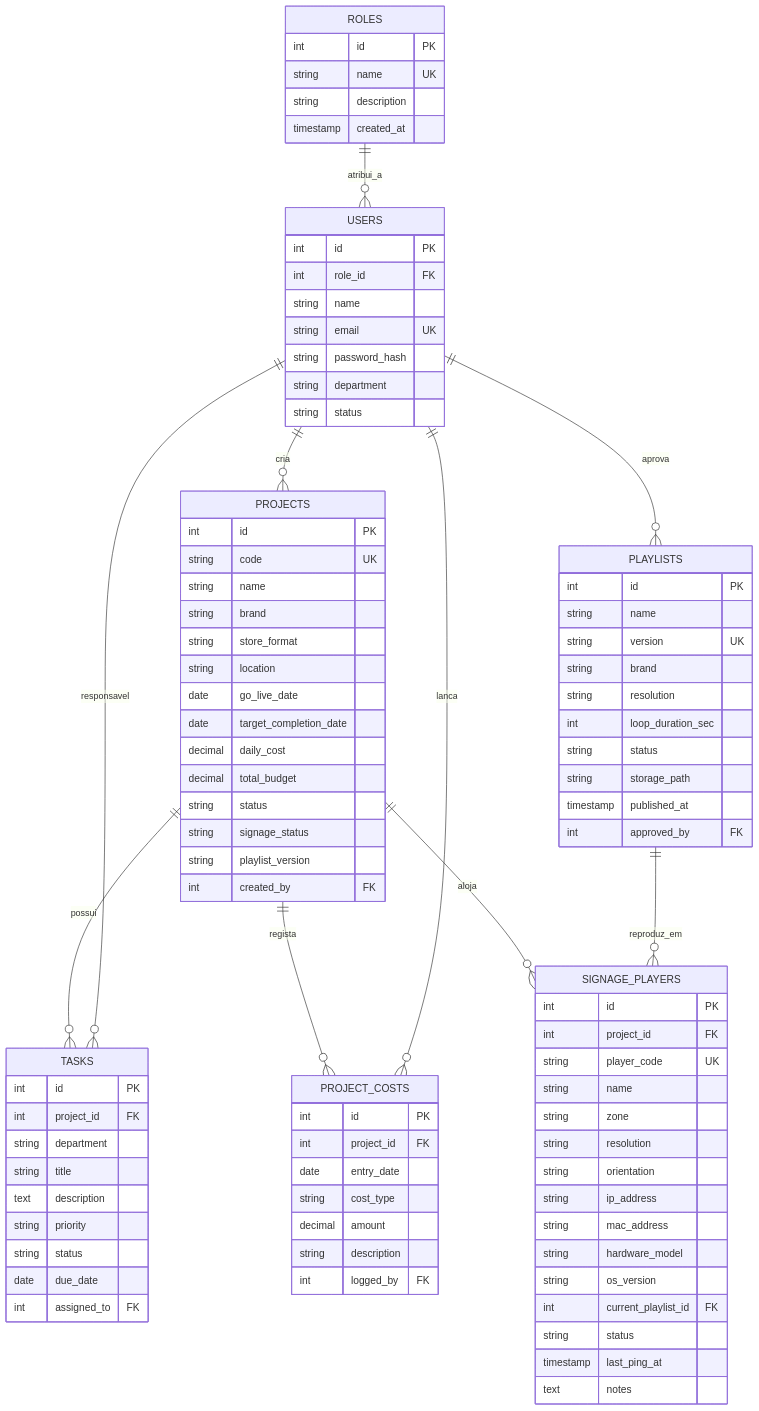
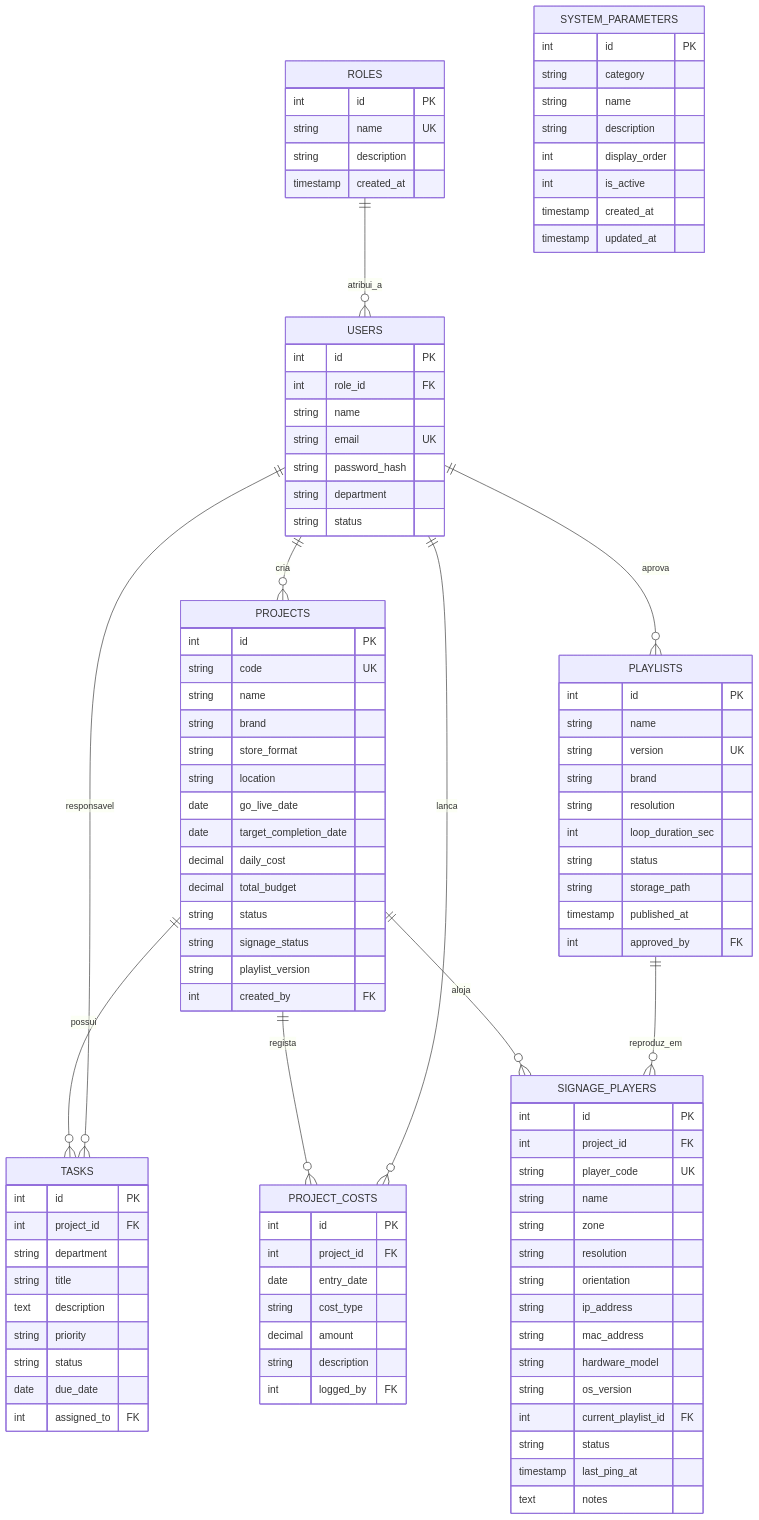
Before and after one commit to davisrc73/RetailLaunchOS: the first of 2 diagrams in ARQUITETURA_TECNICA.md, drawn with Mermaid. The commit also changed other lines of this file and 12 other files, not shown here.

````diff
--- a/ARQUITETURA_TECNICA.md
+++ b/ARQUITETURA_TECNICA.md
@@ -176,4 +176,15 @@
         timestamp last_ping_at
         text notes
     }
+
+    SYSTEM_PARAMETERS {
+        int id PK
+        string category
+        string name
+        string description
+        int display_order
+        int is_active
+        timestamp created_at
+        timestamp updated_at
+    }
 ```
````
